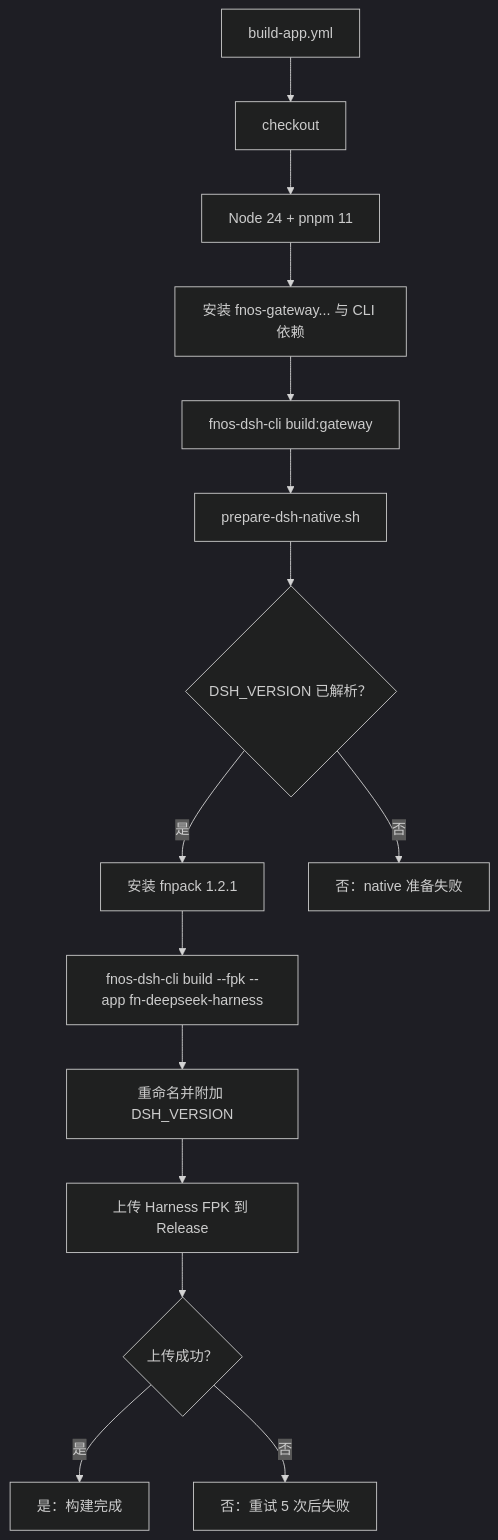
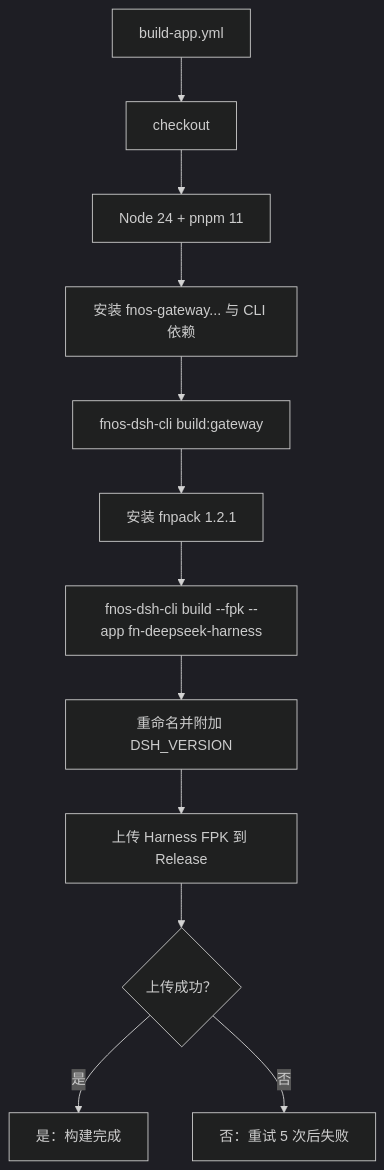
One commit to FNOSP/fnos-dsh changed the third of 4 diagrams in docs/development/github-workflows.md. Above: the diagram before and after it, drawn with Mermaid (dark theme). The commit also changed other lines of this file and 16 other files, not shown here.

````diff
--- a/docs/development/github-workflows.md
+++ b/docs/development/github-workflows.md
@@ -94,25 +91,20 @@
 ```mermaid
 flowchart TD
   workflow["build-app.yml"]
   checkout["checkout"]
   tooling["Node 24 + pnpm 11"]
   install["安装 fnos-gateway... 与 CLI 依赖"]
   gateway["fnos-dsh-cli build:gateway"]
-  native["prepare-dsh-native.sh"]
-  nativeStatus{"DSH_VERSION 已解析？"}
   fnpack["安装 fnpack 1.2.1"]
   build["fnos-dsh-cli build --fpk --app fn-deepseek-harness"]
   rename["重命名并附加 DSH_VERSION"]
   upload["上传 Harness FPK 到 Release"]
   status{"上传成功？"}
   done["是：构建完成"]
-  nativeFail["否：native 准备失败"]
   uploadFail["否：重试 5 次后失败"]
 
-  workflow --> checkout --> tooling --> install --> gateway --> native --> nativeStatus
-  nativeStatus -->|是| fnpack
-  nativeStatus -->|否| nativeFail
+  workflow --> checkout --> tooling --> install --> gateway --> fnpack
   fnpack --> build --> rename --> upload --> status
   status -->|是| done
   status -->|否| uploadFail
 ```
````
